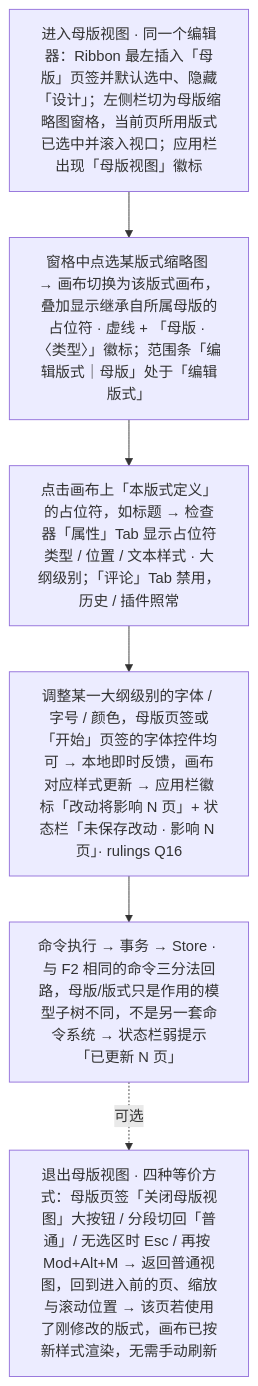
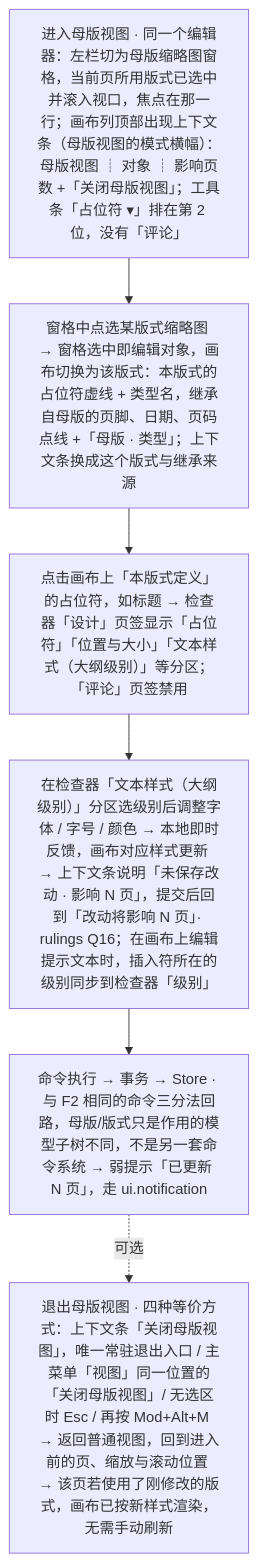
Diagram 11 of 13 in docs/20-design/02-user-flows.md (Xeonice/cordis-ppt-editor), drawn with Mermaid before and after one commit. The commit also changed other lines of this file and 44 other files, not shown here.

````diff
--- a/docs/20-design/02-user-flows.md
+++ b/docs/20-design/02-user-flows.md
@@ -414,11 +471,11 @@
 ```mermaid
 flowchart TB
-  f10In["进入母版视图 · 同一个编辑器：Ribbon 最左插入「母版」页签并默认选中、隐藏「设计」；左侧栏切为母版缩略图窗格，当前页所用版式已选中并滚入视口；应用栏出现「母版视图」徽标"]
-  f10Pick["窗格中点选某版式缩略图 → 画布切换为该版式画布，叠加显示继承自所属母版的占位符 · 虚线 + 「母版 · 〈类型〉」徽标；范围条「编辑版式｜母版」处于「编辑版式」"]
-  f10Ph["点击画布上「本版式定义」的占位符，如标题 → 检查器「属性」Tab 显示占位符类型 / 位置 / 文本样式 · 大纲级别；「评论」Tab 禁用，历史 / 插件照常"]
-  f10Edit["调整某一大纲级别的字体 / 字号 / 颜色，母版页签或「开始」页签的字体控件均可 → 本地即时反馈，画布对应样式更新 → 应用栏徽标「改动将影响 N 页」+ 状态栏「未保存改动 · 影响 N 页」· rulings Q16"]
-  f10Cmd["命令执行 → 事务 → Store · 与 F2 相同的命令三分法回路，母版/版式只是作用的模型子树不同，不是另一套命令系统 → 状态栏弱提示「已更新 N 页」"]
-  f10Out["退出母版视图 · 四种等价方式：母版页签「关闭母版视图」大按钮 / 分段切回「普通」/ 无选区时 Esc / 再按 Mod+Alt+M → 返回普通视图，回到进入前的页、缩放与滚动位置 → 该页若使用了刚修改的版式，画布已按新样式渲染，无需手动刷新"]
+  f10In["进入母版视图 · 同一个编辑器：左栏切为母版缩略图窗格，当前页所用版式已选中并滚入视口，焦点在那一行；画布列顶部出现上下文条（母版视图的模式横幅）：母版视图 ┊ 对象 ┊ 影响页数 +「关闭母版视图」；工具条「占位符 ▾」排在第 2 位，没有「评论」"]
+  f10Pick["窗格中点选某版式缩略图 → 窗格选中即编辑对象，画布切换为该版式：本版式的占位符虚线 + 类型名，继承自母版的页脚、日期、页码点线 +「母版 · 类型」；上下文条换成这个版式与继承来源"]
+  f10Ph["点击画布上「本版式定义」的占位符，如标题 → 检查器「设计」页签显示「占位符」「位置与大小」「文本样式（大纲级别）」等分区；「评论」页签禁用"]
+  f10Edit["在检查器「文本样式（大纲级别）」分区选级别后调整字体 / 字号 / 颜色 → 本地即时反馈，画布对应样式更新 → 上下文条说明「未保存改动 · 影响 N 页」，提交后回到「改动将影响 N 页」· rulings Q16；在画布上编辑提示文本时，插入符所在的级别同步到检查器「级别」"]
+  f10Cmd["命令执行 → 事务 → Store · 与 F2 相同的命令三分法回路，母版/版式只是作用的模型子树不同，不是另一套命令系统 → 弱提示「已更新 N 页」，走 ui.notification"]
+  f10Out["退出母版视图 · 四种等价方式：上下文条「关闭母版视图」，唯一常驻退出入口 / 主菜单「视图」同一位置的「关闭母版视图」/ 无选区时 Esc / 再按 Mod+Alt+M → 返回普通视图，回到进入前的页、缩放与滚动位置 → 该页若使用了刚修改的版式，画布已按新样式渲染，无需手动刷新"]
   f10In --> f10Pick --> f10Ph --> f10Edit --> f10Cmd
   f10Cmd -.->|"可选"| f10Out
 ```
````
